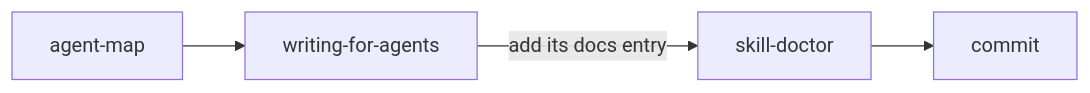
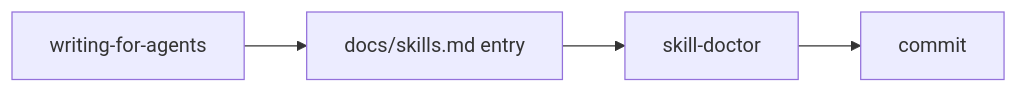
Before and after one commit to FAZuH/agent: diagram 13 of 14 in docs/skill-guide.md, drawn with Mermaid. The commit also changed other lines of this file and 4 other files, not shown here.

````diff
--- a/docs/skill-guide.md
+++ b/docs/skill-guide.md
@@ -290,6 +290,6 @@
 ```mermaid
 flowchart LR
-  M[agent-map] --> W[writing-for-agents]
-  W -->|add its docs entry| S[skill-doctor]
+  W[writing-for-agents] --> D[docs/skills.md entry]
+  D --> S[skill-doctor]
   S --> C[commit]
 ```
````
